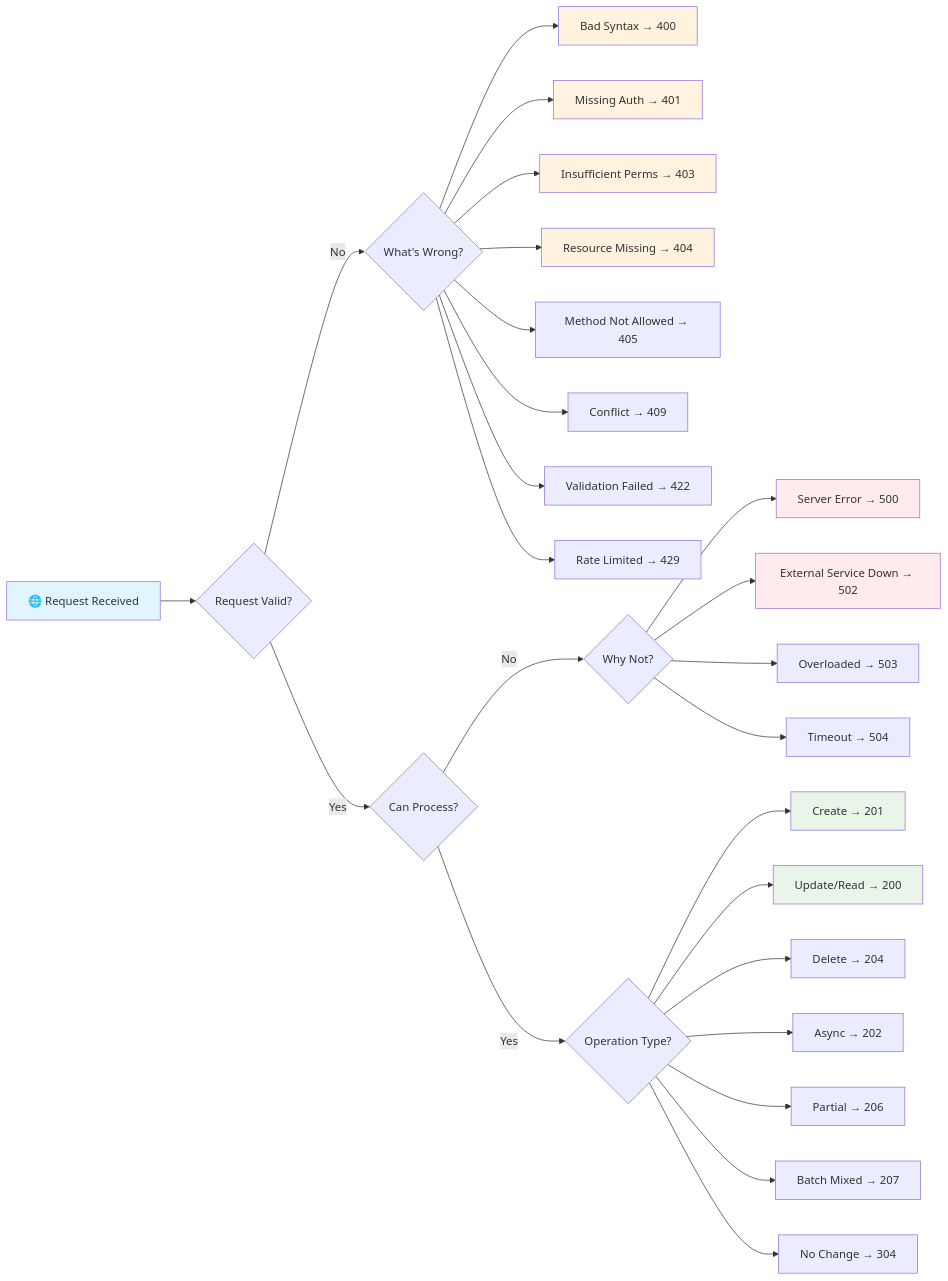
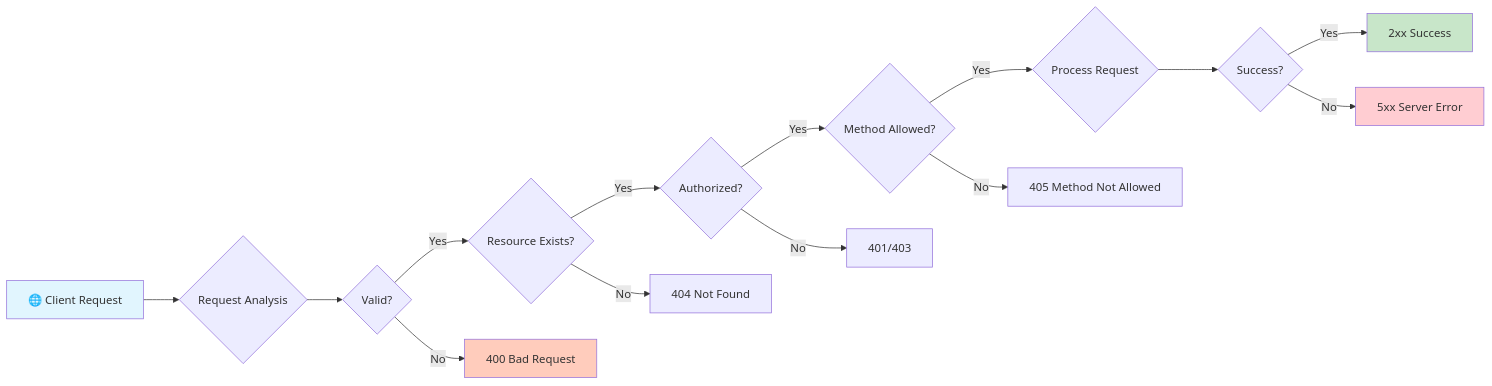
The second of 4 diagrams in app/docs/02_foundation/09-http-status-codes/page.mdx (ridwanspace/restful-fastapi-guideline), drawn with Mermaid before and after one commit. The commit also changed other lines of this file and 1 other file, not shown here.

````diff
--- a/app/docs/02_foundation/09-http-status-codes/page.mdx
+++ b/app/docs/02_foundation/09-http-status-codes/page.mdx
@@ -1169,40 +272,26 @@
 ```mermaid
 graph LR
-    A[🌐 Request Received] --> B{Request Valid?}
+    A[🌐 Client Request] --> B{Request Analysis}
     
-    B -->|No| C{What's Wrong?}
-    C --> C1[Bad Syntax → 400]
-    C --> C2[Missing Auth → 401] 
-    C --> C3[Insufficient Perms → 403]
-    C --> C4[Resource Missing → 404]
-    C --> C5[Method Not Allowed → 405]
-    C --> C6[Conflict → 409]
-    C --> C7[Validation Failed → 422]
-    C --> C8[Rate Limited → 429]
+    B --> C{Valid?}
+    C -->|Yes| D{Resource Exists?}
+    C -->|No| E[400 Bad Request]
     
-    B -->|Yes| D{Can Process?}
-    D -->|No| E{Why Not?}
-    E --> E1[Server Error → 500]
-    E --> E2[External Service Down → 502]
-    E --> E3[Overloaded → 503]
-    E --> E4[Timeout → 504]
+    D -->|Yes| F{Authorized?}
+    D -->|No| G[404 Not Found]
     
-    D -->|Yes| F{Operation Type?}
-    F --> F1[Create → 201]
-    F --> F2[Update/Read → 200]
-    F --> F3[Delete → 204]
-    F --> F4[Async → 202]
-    F --> F5[Partial → 206]
-    F --> F6[Batch Mixed → 207]
-    F --> F7[No Change → 304]
+    F -->|Yes| H{Method Allowed?}
+    F -->|No| I[401/403]
+    
+    H -->|Yes| J{Process Request}
+    H -->|No| K[405 Method Not Allowed]
+    
+    J --> L{Success?}
+    L -->|Yes| M[2xx Success]
+    L -->|No| N[5xx Server Error]
     
     style A fill:#e1f5fe
-    style C1 fill:#fff3e0
-    style C2 fill:#fff3e0
-    style C3 fill:#fff3e0
-    style C4 fill:#fff3e0
-    style E1 fill:#ffebee
-    style E2 fill:#ffebee
-    style F1 fill:#e8f5e8
-    style F2 fill:#e8f5e8
+    style M fill:#c8e6c9
+    style E fill:#ffccbc
+    style N fill:#ffcdd2
 ```
````
